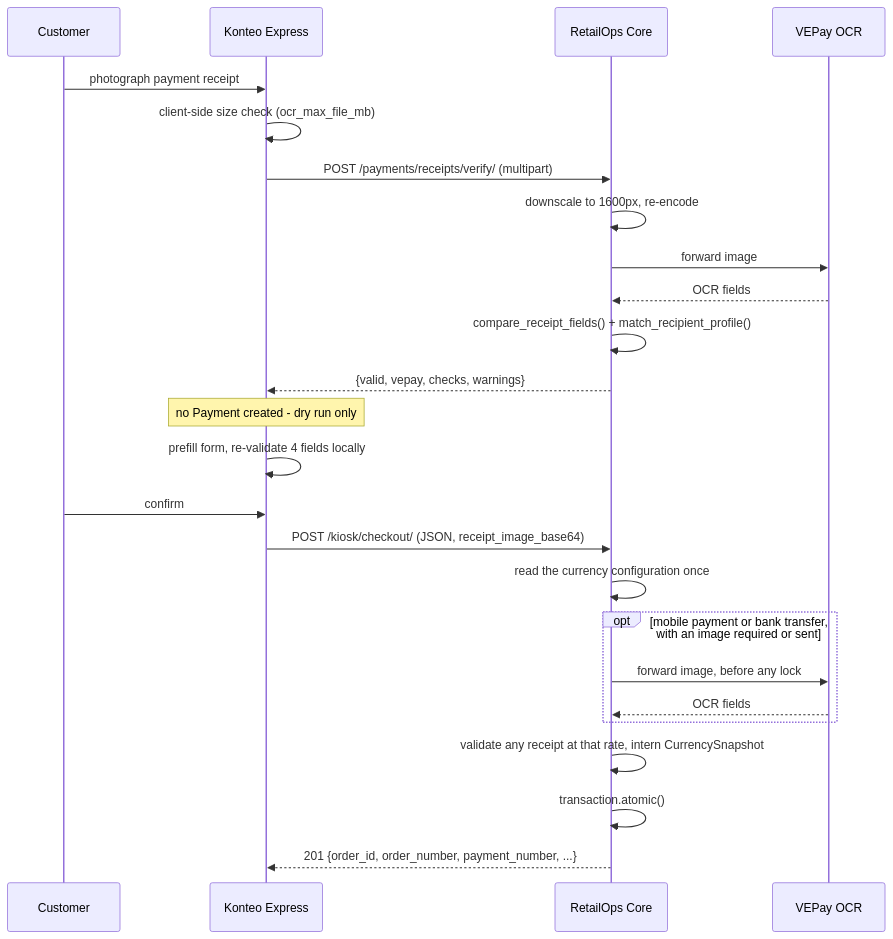
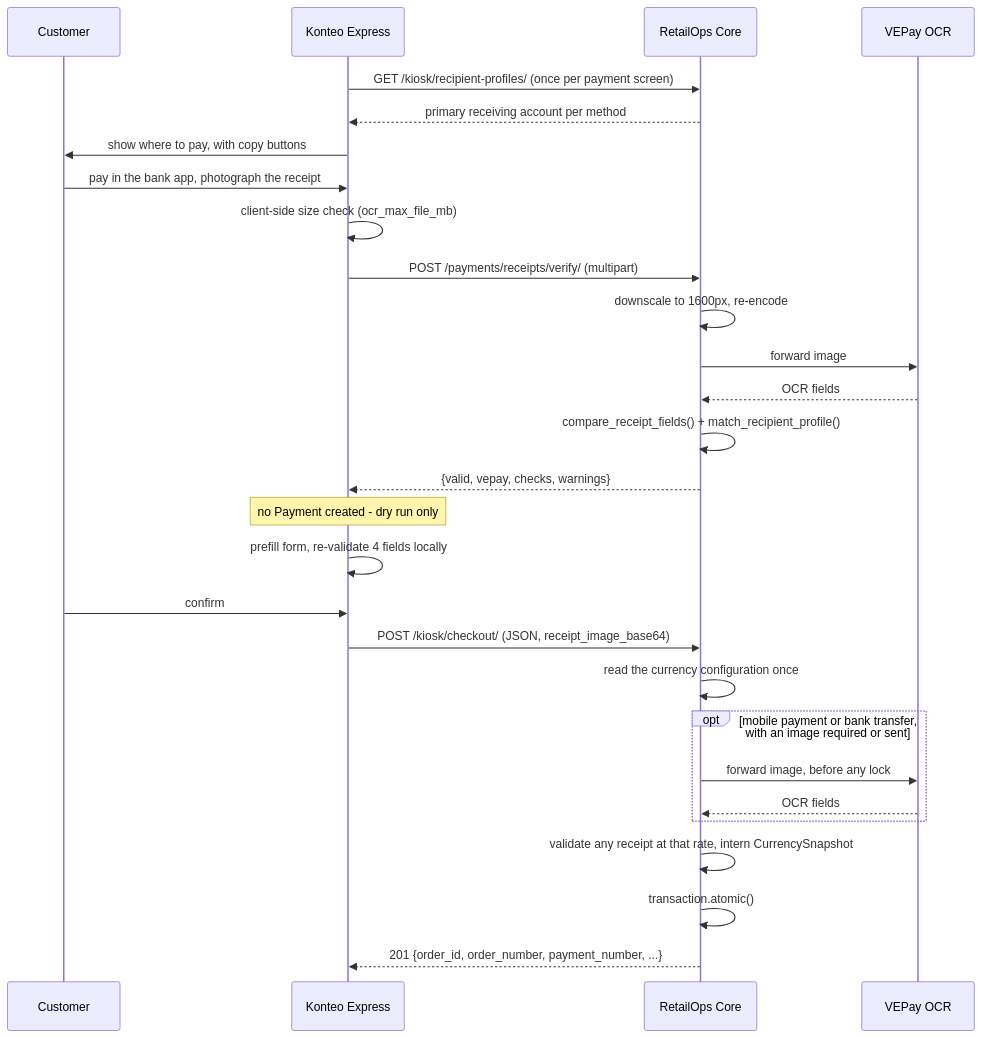
One commit to jp72924/retailops changed the third of 3 diagrams in ARCHITECTURE.md. Above: the diagram before and after it, drawn with Mermaid. The commit also changed other lines of this file, not shown here.

````diff
--- a/ARCHITECTURE.md
+++ b/ARCHITECTURE.md
@@ -1012,28 +1099,31 @@
 ```mermaid
 sequenceDiagram
     participant C as Customer
     participant K as Konteo Express
     participant A as RetailOps Core
     participant V as VEPay OCR
 
-    C->>K: photograph payment receipt
+    K->>A: GET /kiosk/recipient-profiles/ (once per payment screen)
+    A-->>K: primary receiving account per method
+    K->>C: show where to pay, with copy buttons
+    C->>K: pay in the bank app, photograph the receipt
     K->>K: client-side size check (ocr_max_file_mb)
     K->>A: POST /payments/receipts/verify/ (multipart)
     A->>A: downscale to 1600px, re-encode
     A->>V: forward image
     V-->>A: OCR fields
     A->>A: compare_receipt_fields() + match_recipient_profile()
     A-->>K: {valid, vepay, checks, warnings}
     Note over K: no Payment created - dry run only
     K->>K: prefill form, re-validate 4 fields locally
     C->>K: confirm
     K->>A: POST /kiosk/checkout/ (JSON, receipt_image_base64)
     A->>A: read the currency configuration once
     opt mobile payment or bank transfer, with an image required or sent
         A->>V: forward image, before any lock
         V-->>A: OCR fields
     end
     A->>A: validate any receipt at that rate, intern CurrencySnapshot
     A->>A: transaction.atomic()
     A-->>K: 201 {order_id, order_number, payment_number, ...}
 ```
````
